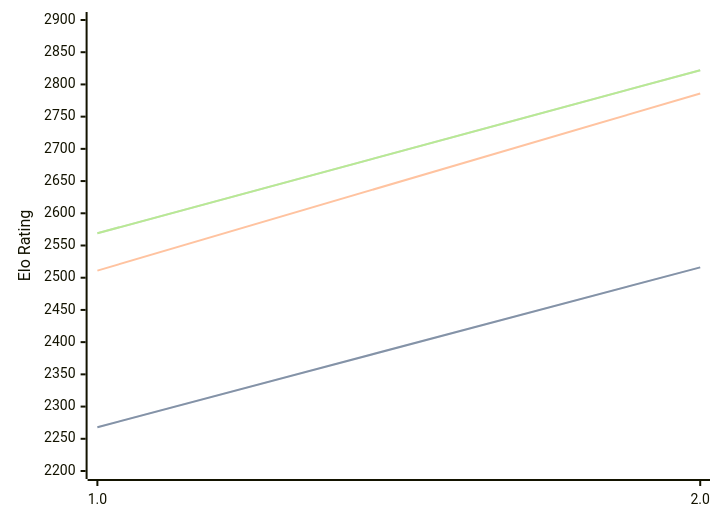
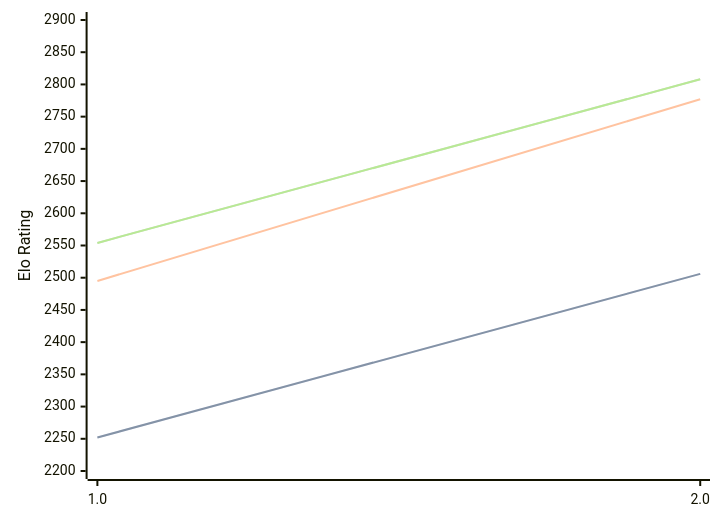
One commit to computer-chess-index/cci changed the diagram in engines/Revolver.md. Above: the diagram before and after it, drawn with Mermaid. The commit also changed other lines of this file, not shown here.

Commit message:
Update CCI Ratings (ELO VLTC) - 2026-05-20

````diff
--- a/engines/Revolver.md
+++ b/engines/Revolver.md
@@ -32,11 +32,11 @@
 ```mermaid
 %%{init: {"theme":"base","themeVariables":{"seriesColors:['#a3a3a3','#222221','#faa371']}}}%%
 xychart-beta
   x-axis ["1.0", "2.0"]
   y-axis "Elo Rating" 2200 --> 2900
-  line "STC (8.0+0.08s)" [2268, 2516]
-  line "STC (8.0+0.08s)" [2268, 2516]
-  line "LTC (60.0+0.60s)" [2511, 2786]
-  line "VLTC (2m24s+1.12s)" [2569, 2822]
-  line "VLTC (2m24s+1.12s)" [2569, 2822]
+  line "STC (8.0+0.08s)" [2252, 2506]
+  line "STC (8.0+0.08s)" [2252, 2506]
+  line "LTC (60.0+0.60s)" [2495, 2777]
+  line "VLTC (2m24s+1.12s)" [2554, 2808]
+  line "VLTC (2m24s+1.12s)" [2554, 2808]
 ```
````
